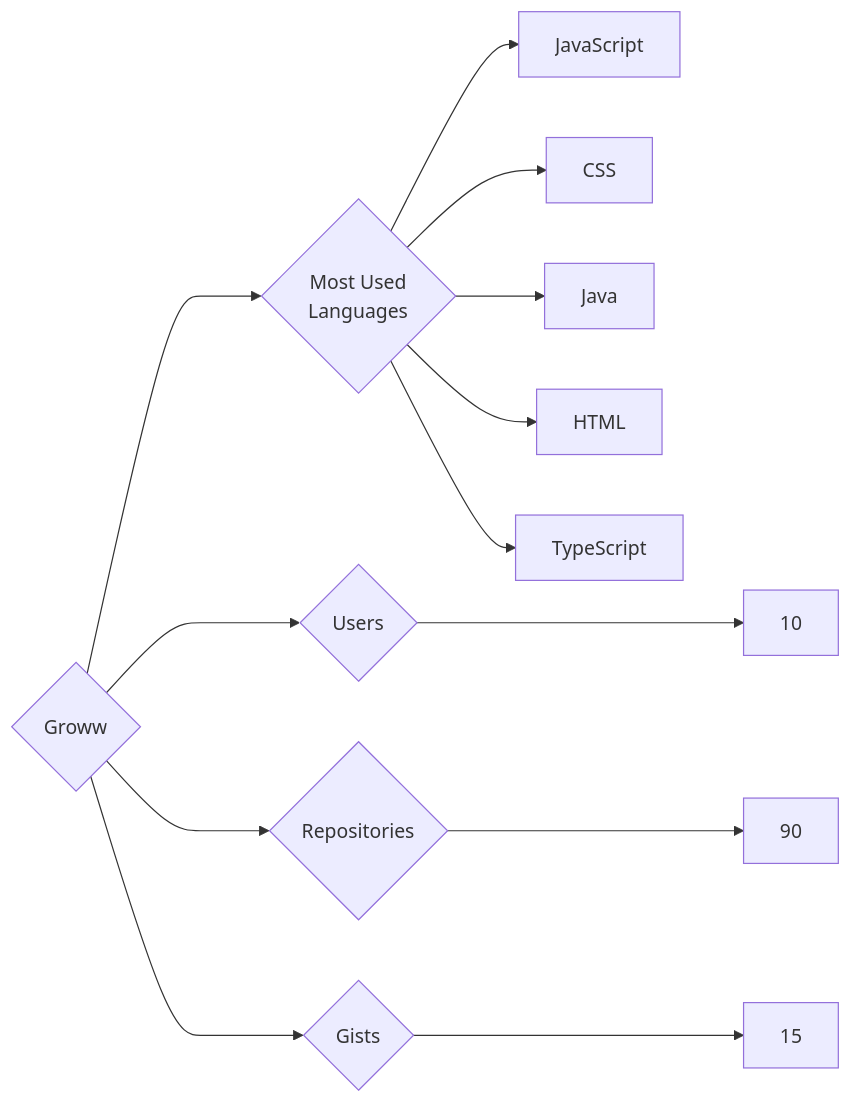
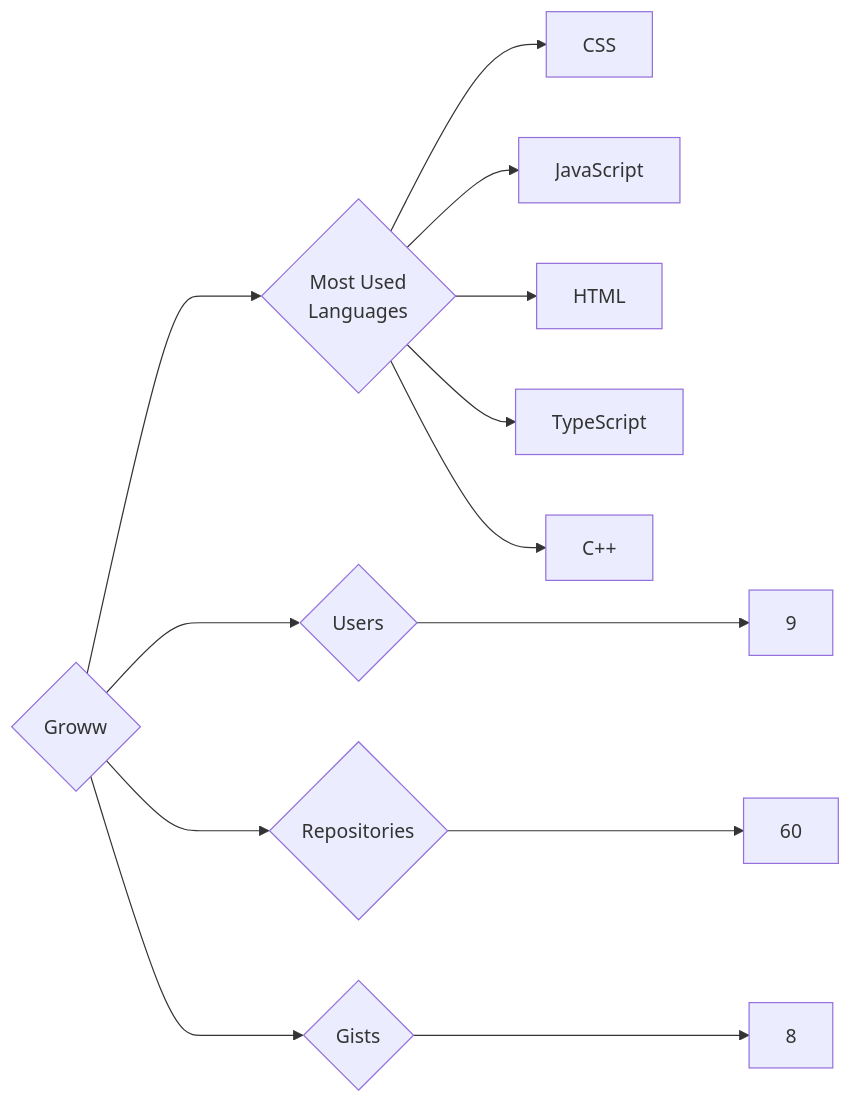
The diagram in targets/Groww/README.md (trickest/insiders), drawn with Mermaid before and after one commit. The commit also changed 1088 other files, not shown here.

````diff
--- a/targets/Groww/README.md
+++ b/targets/Groww/README.md
@@ -3,13 +3,13 @@
 ```mermaid
 graph LR
 COMPANY_NAME{Groww}
-COMPANY_NAME ---> U{Users} ---> UN[10]
-COMPANY_NAME ---> R{Repositories} ---> RN[90]
-COMPANY_NAME ---> G{Gists} ---> GN[15]
+COMPANY_NAME ---> U{Users} ---> UN[9]
+COMPANY_NAME ---> R{Repositories} ---> RN[60]
+COMPANY_NAME ---> G{Gists} ---> GN[8]
 COMPANY_NAME ---> ML{Most Used<br>Languages}
+ML --> CSS[CSS]
 ML --> JavaScript[JavaScript]
-ML --> CSS[CSS]
-ML --> Java[Java]
 ML --> HTML[HTML]
 ML --> TypeScript[TypeScript]
+ML --> C++[C++]
 ```
````
